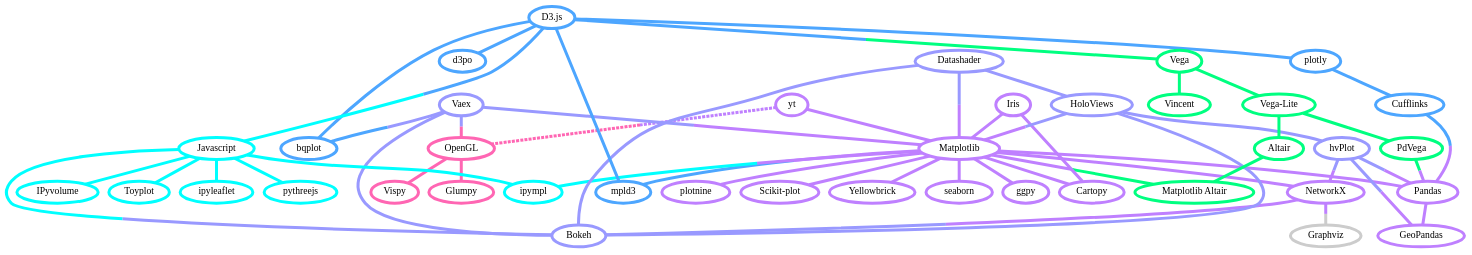
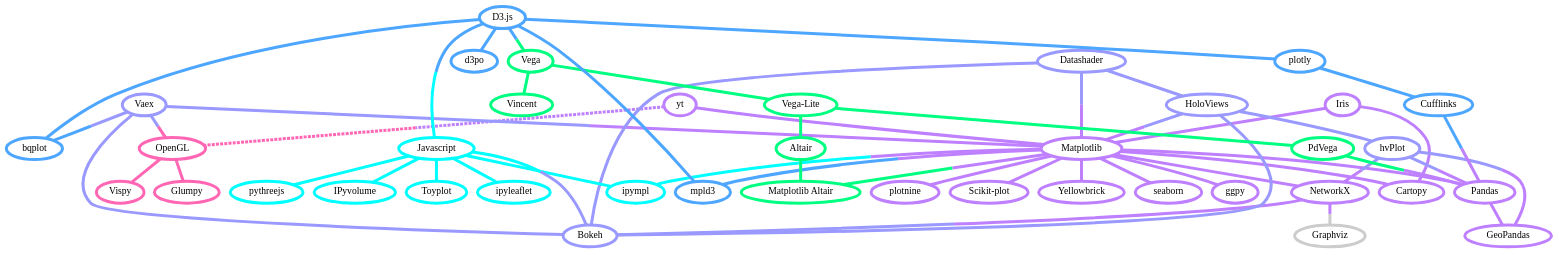
One commit to veit/jupyter-tutorial changed the diagram in docs/viz/overview.rst. Above: the diagram before and after it, drawn with Graphviz. The commit also changed other lines of this file, not shown here.

Commit message:
Move Vega to top in visualisation landscape

```diff
--- a/docs/viz/overview.rst
+++ b/docs/viz/overview.rst
@@ -178,6 +178,50 @@
         holoviews -- mpl [color="#9999FF;0.5:#BF80FF"]
         datashader -- mpl [color="#9999FF;0.5:#BF80FF"]
 
+        // Vega
+        vega [
+            label="Vega",
+            tooltip="Deklarative Sprache für\ninteraktive Visualisierungen",
+            color="#00FF80",
+            target="_top",
+            href="../viz/vega/index.html"]
+        vincent [
+            label="Vincent",
+            tooltip="Python-Bibliothek für\nVega-Anwendungen",
+            color="#00FF80",
+            target="_top",
+            href="https://vincent.readthedocs.io/"]
+        vega_light [
+            label="Vega-Lite",
+            tooltip="High-level-Grammatik für\nkomplexe Vega-Anwendungen",
+            color="#00FF80",
+            target="_top",
+            href="https://github.com/vega/vega-lite"]
+        pdvega [
+            label="PdVega",
+            tooltip="Interaktive Vega-Light-Plots\naus Pandas Dataframes",
+            color="#00FF80",
+            target="_top",
+            href="https://altair-viz.github.io/pdvega/"]
+        altair [
+            label="Altair",
+            tooltip="Deklarative Visualisierung\nin Python",
+            color="#00FF80",
+            target="_top",
+            href="https://altair-viz.github.io/"]
+        mpl_altair [
+            label="Matplotlib Altair",
+            tooltip="Matplotlib-Renderer\nfür Altair",
+            color="#00FF80",
+            target="_top",
+            href="https://matplotlib.org/mpl-altair/"]
+        vega -- vincent [color="#00FF80"]
+        vega -- vega_light [color="#00FF80"]
+        vega_light -- altair [color="#00FF80"]
+        vega_light -- pdvega [color="#00FF80"]
+        pdvega -- pandas [color="#00FF80;0.5:#BF80FF"]
+        altair -- mpl_altair [color="#00FF80"]
+
         // D3.js
         d3js [
             label="D3.js",
@@ -224,50 +268,6 @@
         d3js -- vega [color="#4da6ff;0.5:#00FF80"]
         d3js -- javascript [color="#4da6ff;0.5:#00FFFF"]
 
-        // Vega
-        vega [
-            label="Vega",
-            tooltip="Deklarative Sprache für\ninteraktive Visualisierungen",
-            color="#00FF80",
-            target="_top",
-            href="../viz/vega/index.html"]
-        vincent [
-            label="Vincent",
-            tooltip="Python-Bibliothek für\nVega-Anwendungen",
-            color="#00FF80",
-            target="_top",
-            href="https://vincent.readthedocs.io/"]
-        vega_light [
-            label="Vega-Lite",
-            tooltip="High-level-Grammatik für\nkomplexe Vega-Anwendungen",
-            color="#00FF80",
-            target="_top",
-            href="https://github.com/vega/vega-lite"]
-        pdvega [
-            label="PdVega",
-            tooltip="Interaktive Vega-Light-Plots\naus Pandas Dataframes",
-            color="#00FF80",
-            target="_top",
-            href="https://altair-viz.github.io/pdvega/"]
-        altair [
-            label="Altair",
-            tooltip="Deklarative Visualisierung\nin Python",
-            color="#00FF80",
-            target="_top",
-            href="https://altair-viz.github.io/"]
-        mpl_altair [
-            label="Matplotlib Altair",
-            tooltip="Matplotlib-Renderer\nfür Altair",
-            color="#00FF80",
-            target="_top",
-            href="https://matplotlib.org/mpl-altair/"]
-        vega -- vincent [color="#00FF80"]
-        vega -- vega_light [color="#00FF80"]
-        vega_light -- altair [color="#00FF80"]
-        vega_light -- pdvega [color="#00FF80"]
-        pdvega -- pandas [color="#00FF80;0.5:#BF80FF"]
-        altair -- mpl_altair [color="#00FF80"]
-
         // Javascript
         javascript [
             label="Javascript",
```
